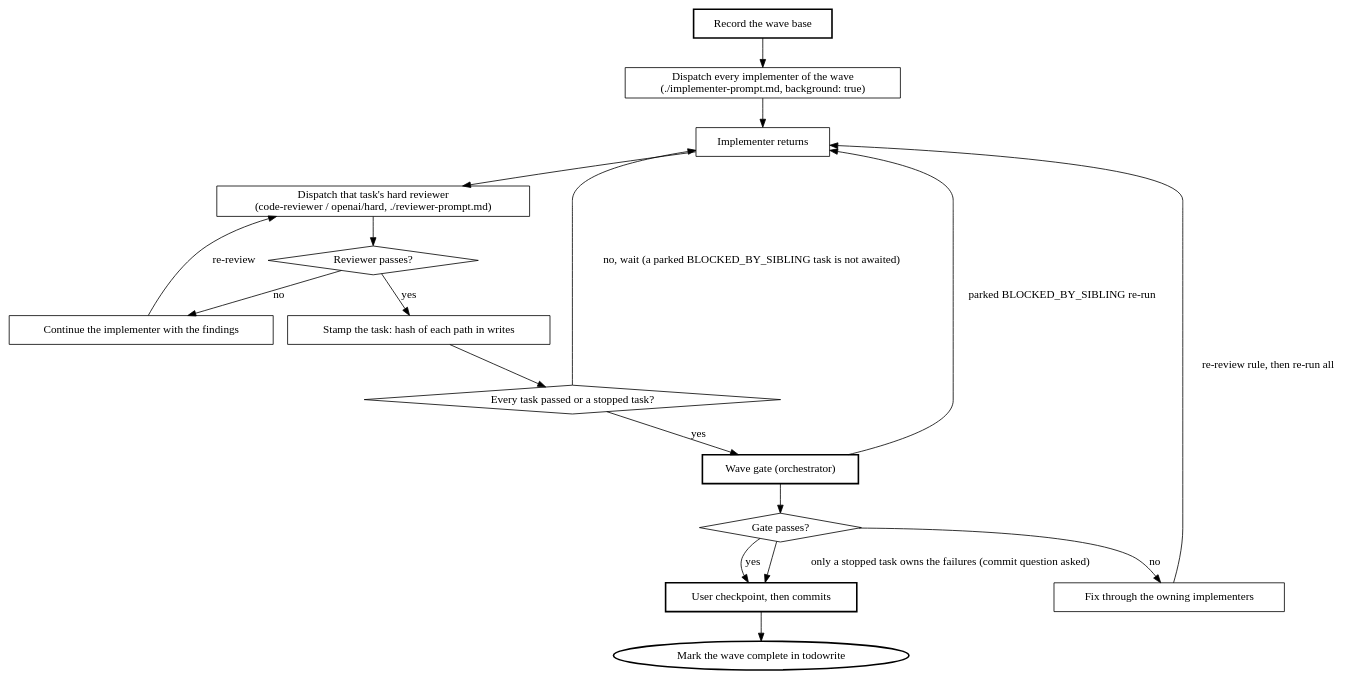
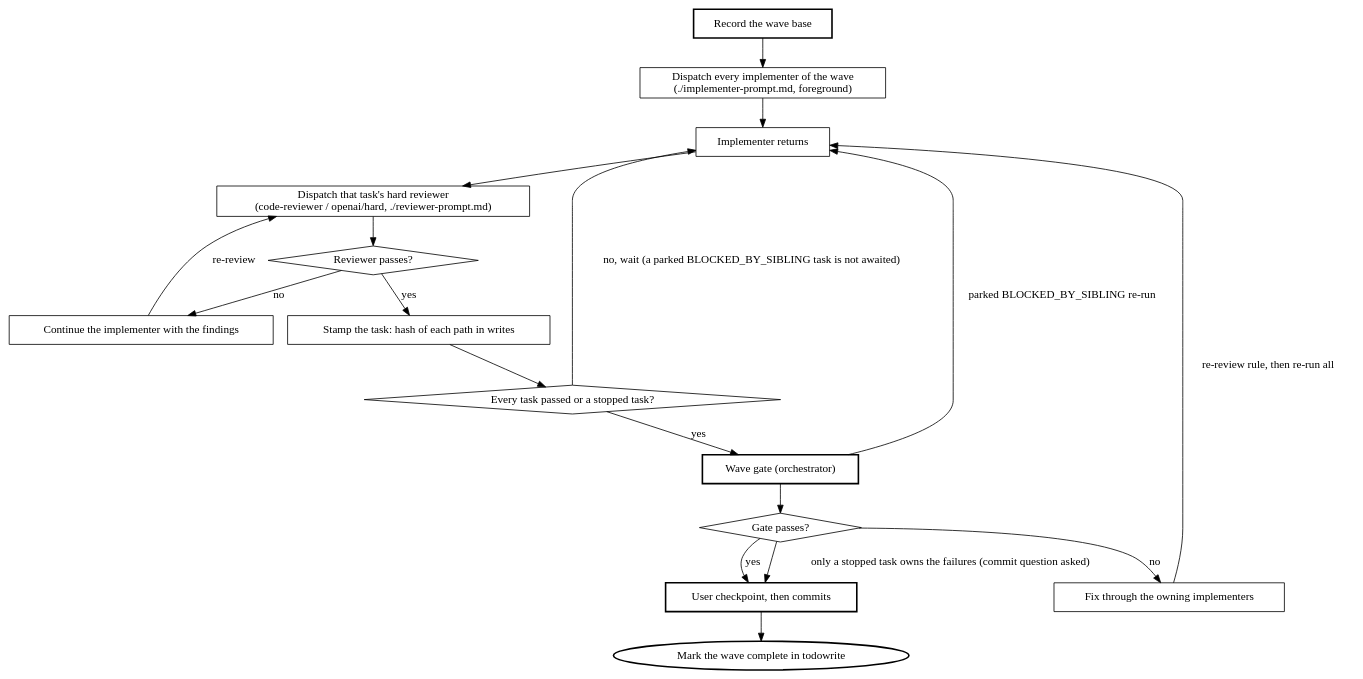
Before and after one commit to jmrona/.dot: the diagram in .opencode/skills/subagent-driven-development/SKILL.md, drawn with Graphviz. The commit also changed other lines of this file and 6 other files, not shown here.

````diff
--- a/.opencode/skills/subagent-driven-development/SKILL.md
+++ b/.opencode/skills/subagent-driven-development/SKILL.md
@@ -133,37 +170,37 @@
 ```dot
 digraph per_wave_pipeline {
     rankdir=TB;
 
     "Record the wave base" [shape=box, style=bold];
-    "Dispatch every implementer of the wave\n(./implementer-prompt.md, background: true)" [shape=box];
+    "Dispatch every implementer of the wave\n(./implementer-prompt.md, foreground)" [shape=box];
     "Implementer returns" [shape=box];
     "Dispatch that task's hard reviewer\n(code-reviewer / openai/hard, ./reviewer-prompt.md)" [shape=box];
     "Reviewer passes?" [shape=diamond];
     "Continue the implementer with the findings" [shape=box];
     "Stamp the task: hash of each path in writes" [shape=box];
     "Every task passed or a stopped task?" [shape=diamond];
     "Wave gate (orchestrator)" [shape=box, style=bold];
     "Gate passes?" [shape=diamond];
     "Fix through the owning implementers" [shape=box];
     "User checkpoint, then commits" [shape=box, style=bold];
     "Mark the wave complete in todowrite" [style=bold];
 
-    "Record the wave base" -> "Dispatch every implementer of the wave\n(./implementer-prompt.md, background: true)";
-    "Dispatch every implementer of the wave\n(./implementer-prompt.md, background: true)" -> "Implementer returns";
+    "Record the wave base" -> "Dispatch every implementer of the wave\n(./implementer-prompt.md, foreground)";
+    "Dispatch every implementer of the wave\n(./implementer-prompt.md, foreground)" -> "Implementer returns";
     "Implementer returns" -> "Dispatch that task's hard reviewer\n(code-reviewer / openai/hard, ./reviewer-prompt.md)";
     "Dispatch that task's hard reviewer\n(code-reviewer / openai/hard, ./reviewer-prompt.md)" -> "Reviewer passes?";
     "Reviewer passes?" -> "Continue the implementer with the findings" [label="no"];
     "Continue the implementer with the findings" -> "Dispatch that task's hard reviewer\n(code-reviewer / openai/hard, ./reviewer-prompt.md)" [label="re-review"];
     "Reviewer passes?" -> "Stamp the task: hash of each path in writes" [label="yes"];
     "Stamp the task: hash of each path in writes" -> "Every task passed or a stopped task?";
     "Every task passed or a stopped task?" -> "Implementer returns" [label="no, wait (a parked BLOCKED_BY_SIBLING task is not awaited)"];
     "Every task passed or a stopped task?" -> "Wave gate (orchestrator)" [label="yes"];
     "Wave gate (orchestrator)" -> "Gate passes?";
     "Gate passes?" -> "Fix through the owning implementers" [label="no"];
     "Fix through the owning implementers" -> "Implementer returns" [label="re-review rule, then re-run all"];
     "Wave gate (orchestrator)" -> "Implementer returns" [label="parked BLOCKED_BY_SIBLING re-run"];
     "Gate passes?" -> "User checkpoint, then commits" [label="yes"];
     "Gate passes?" -> "User checkpoint, then commits" [label="only a stopped task owns the failures (commit question asked)"];
     "User checkpoint, then commits" -> "Mark the wave complete in todowrite";
 }
 ```
````
